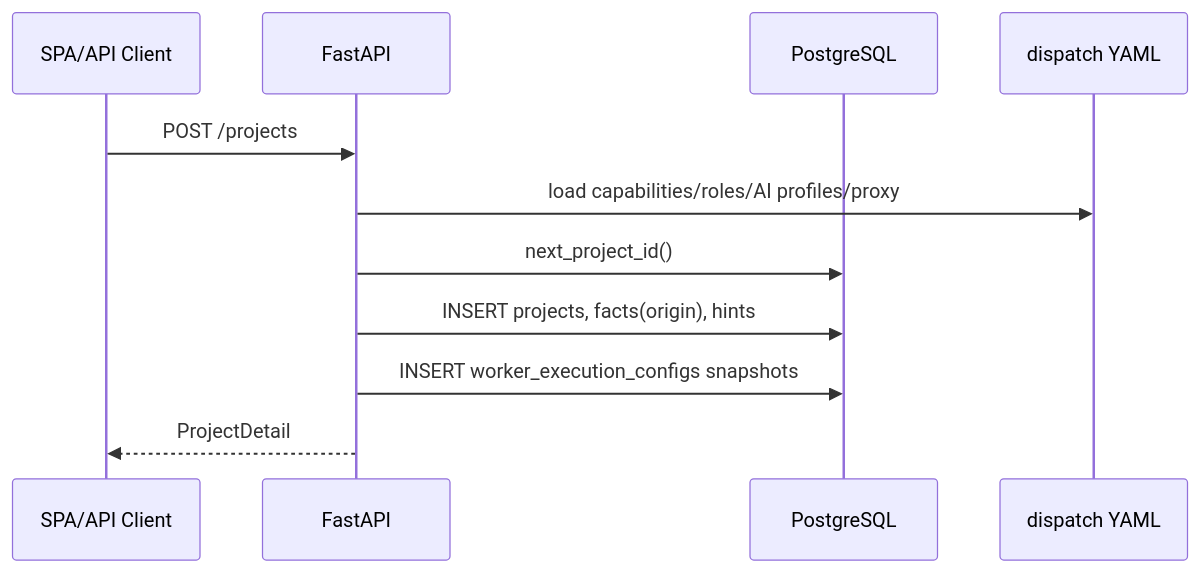
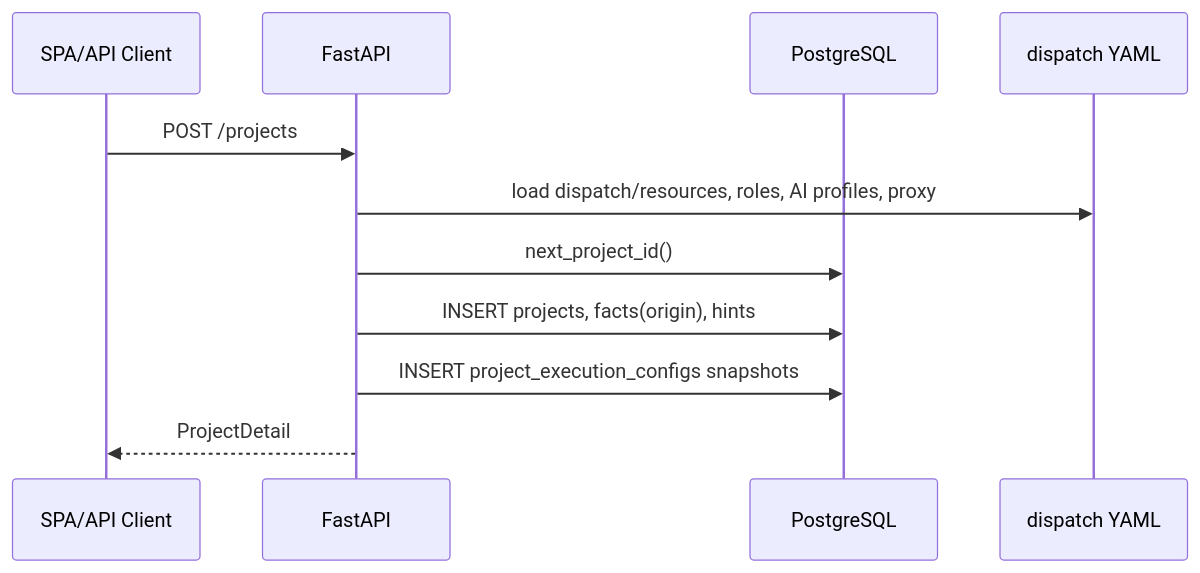
The first of 5 diagrams in AI/CODEBASE_ANALYSIS.md (j7ur8/Cairn), drawn with Mermaid before and after one commit. The commit also changed other lines of this file and 282 other files, not shown here.

````diff
--- a/AI/CODEBASE_ANALYSIS.md
+++ b/AI/CODEBASE_ANALYSIS.md
@@ -119,14 +130,14 @@
 ```mermaid
 sequenceDiagram
     participant UI as SPA/API Client
     participant Server as FastAPI
     participant DB as PostgreSQL
     participant YAML as dispatch YAML
 
     UI->>Server: POST /projects
-    Server->>YAML: load capabilities/roles/AI profiles/proxy
+    Server->>YAML: load dispatch/resources, roles, AI profiles, proxy
     Server->>DB: next_project_id()
     Server->>DB: INSERT projects, facts(origin), hints
-    Server->>DB: INSERT worker_execution_configs snapshots
+    Server->>DB: INSERT project_execution_configs snapshots
     Server-->>UI: ProjectDetail
 ```
````
